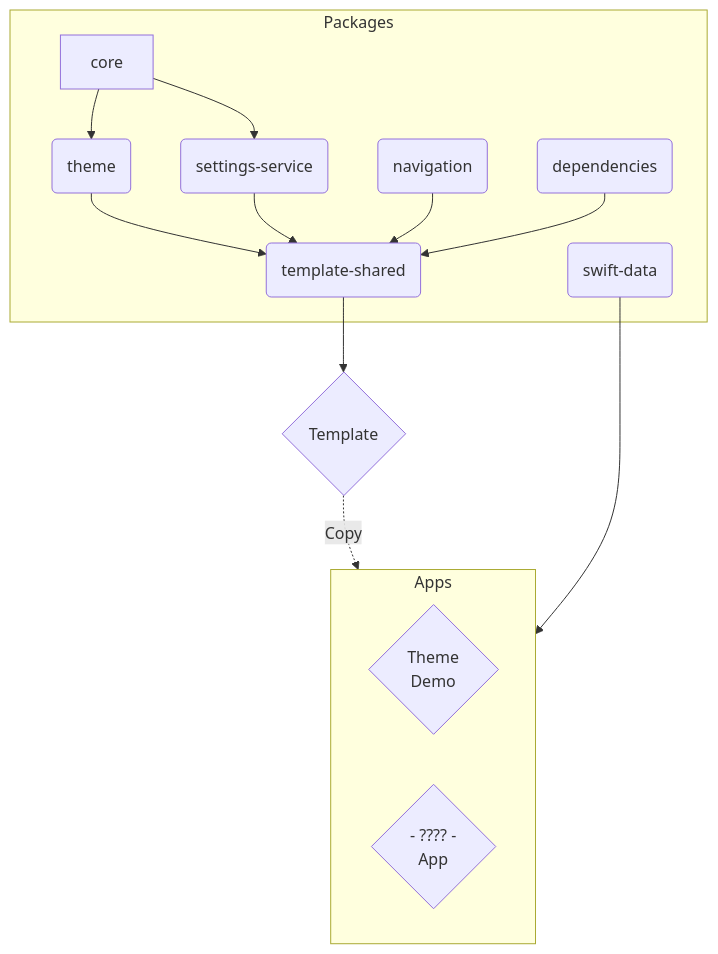
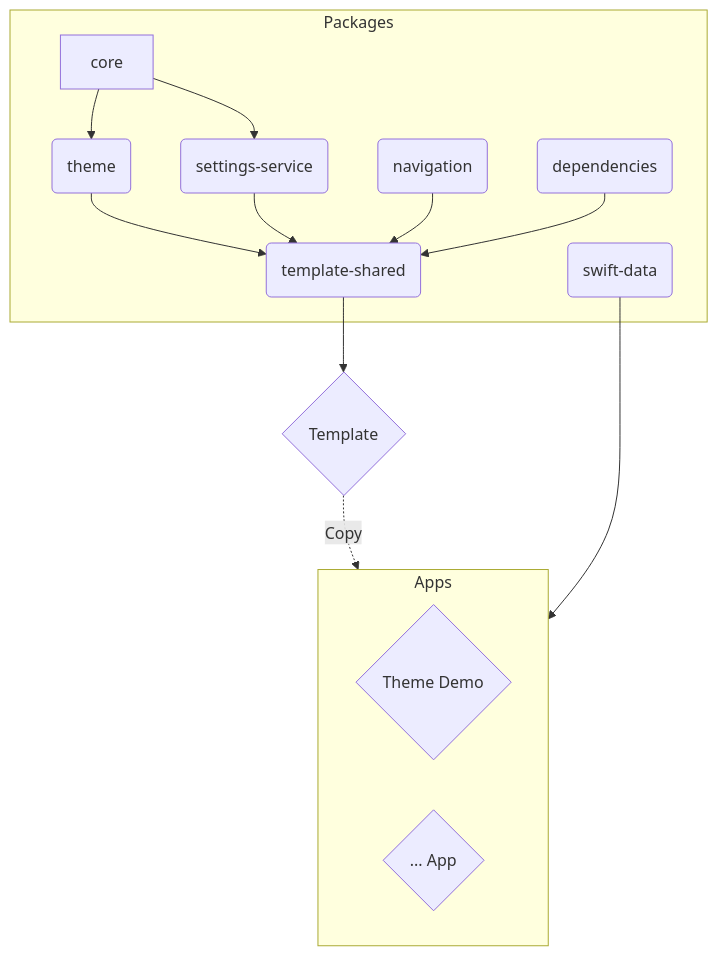
Before and after one commit to simonnickel/snap: the diagram in README.md, drawn with Mermaid.

````diff
--- a/README.md
+++ b/README.md
@@ -26,33 +26,33 @@
 ```mermaid
 flowchart TD
 
     subgraph Packages
     C1[core]
     M2(theme)
     M3(settings-service)
     M4(navigation)
     M5(dependencies)
     M6(swift-data)
     M1(template-shared)
     end
     
     A1{Template}
 
     subgraph Apps
-    A2{Theme\nDemo}
-    A3{ - ???? - \nApp}
+    A2{Theme Demo}
+    A3{... App}
     end
 
     C1 --> M2
     C1 --> M3
 
     M2 --> M1
     M3 --> M1
     M4 --> M1
     M5 --> M1
 
     M1 --> A1
 
     A1 -.->|Copy| Apps
     M6 --> Apps
 ```
````
